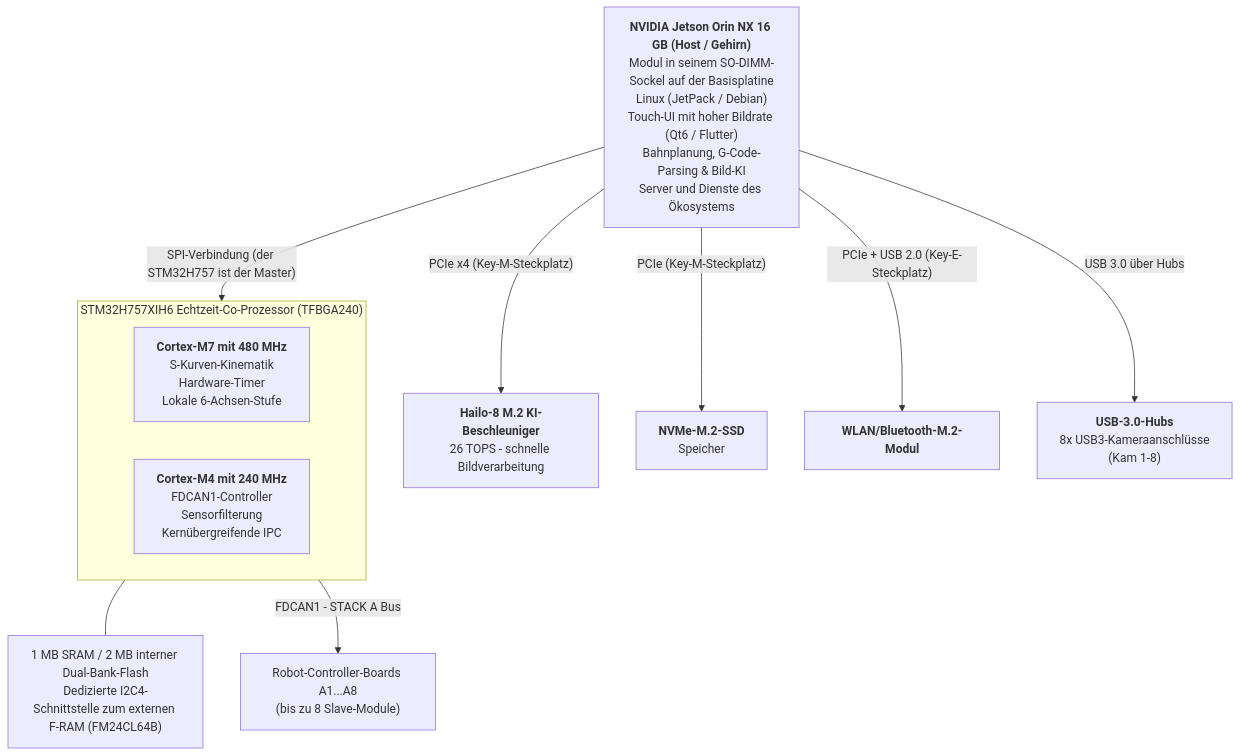
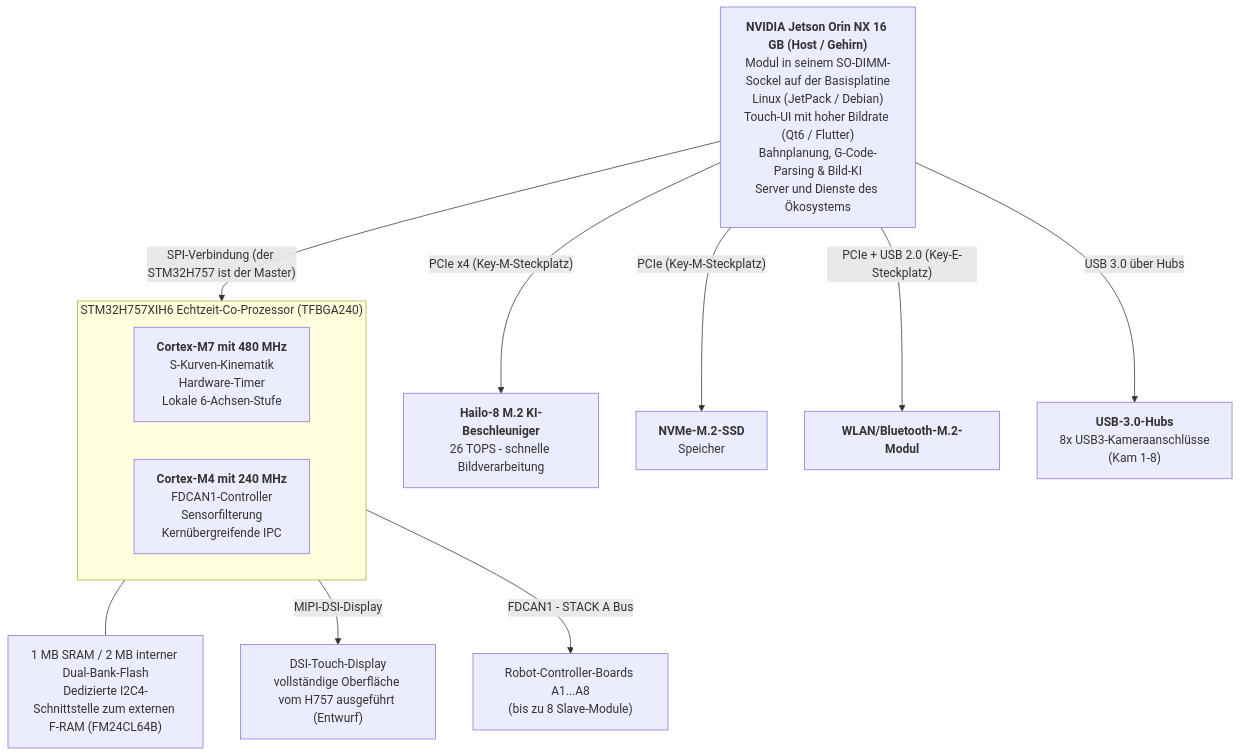
One commit to JuanenRac/HYDRA-UMC changed the first of 3 diagrams in README_deu.md. Above: the diagram before and after it, drawn with Mermaid. The commit also changed other lines of this file and 8 other files, not shown here.

Commit message:
README: the DSI display hangs from the STM32H757 in the target design, with a degraded-mode bullet

````diff
--- a/README_deu.md
+++ b/README_deu.md
@@ -95,21 +96,22 @@
 ```mermaid
 flowchart TB
     JETSON["<b>NVIDIA Jetson Orin NX 16 GB (Host / Gehirn)</b><br/>Modul in seinem SO-DIMM-Sockel auf der Basisplatine<br/>Linux (JetPack / Debian)<br/>Touch-UI mit hoher Bildrate (Qt6 / Flutter)<br/>Bahnplanung, G-Code-Parsing &amp; Bild-KI<br/>Server und Dienste des Ökosystems"]
 
     JETSON -- "PCIe x4 (Key-M-Steckplatz)" --> HAILO8["<b>Hailo-8 M.2 KI-Beschleuniger</b><br/>26 TOPS - schnelle Bildverarbeitung"]
     JETSON -- "PCIe (Key-M-Steckplatz)" --> NVME["<b>NVMe-M.2-SSD</b><br/>Speicher"]
     JETSON -- "PCIe + USB 2.0 (Key-E-Steckplatz)" --> WIFI["<b>WLAN/Bluetooth-M.2-Modul</b>"]
     JETSON -- "USB 3.0 über Hubs" --> HUBS["<b>USB-3.0-Hubs</b><br/>8x USB3-Kameraanschlüsse<br/>(Kam 1-8)"]
 
     JETSON -- "SPI-Verbindung (der STM32H757 ist der Master)" --> MCU
 
     subgraph MCU["STM32H757XIH6 Echtzeit-Co-Prozessor (TFBGA240)"]
         direction LR
         CM7["<b>Cortex-M7 mit 480 MHz</b><br/>S-Kurven-Kinematik<br/>Hardware-Timer<br/>Lokale 6-Achsen-Stufe"]
         CM4["<b>Cortex-M4 mit 240 MHz</b><br/>FDCAN1-Controller<br/>Sensorfilterung<br/>Kernübergreifende IPC"]
     end
     MEM["1 MB SRAM / 2 MB interner Dual-Bank-Flash<br/>Dedizierte I2C4-Schnittstelle zum externen F-RAM (FM24CL64B)"]
     MCU --- MEM
+    MCU -- "MIPI-DSI-Display" --> DSIDISP["DSI-Touch-Display<br/>vollständige Oberfläche vom H757 ausgeführt (Entwurf)"]
 
     MCU -- "FDCAN1 - STACK A Bus" --> ROBOTS["Robot-Controller-Boards A1...A8<br/>(bis zu 8 Slave-Module)"]
 ```
````
